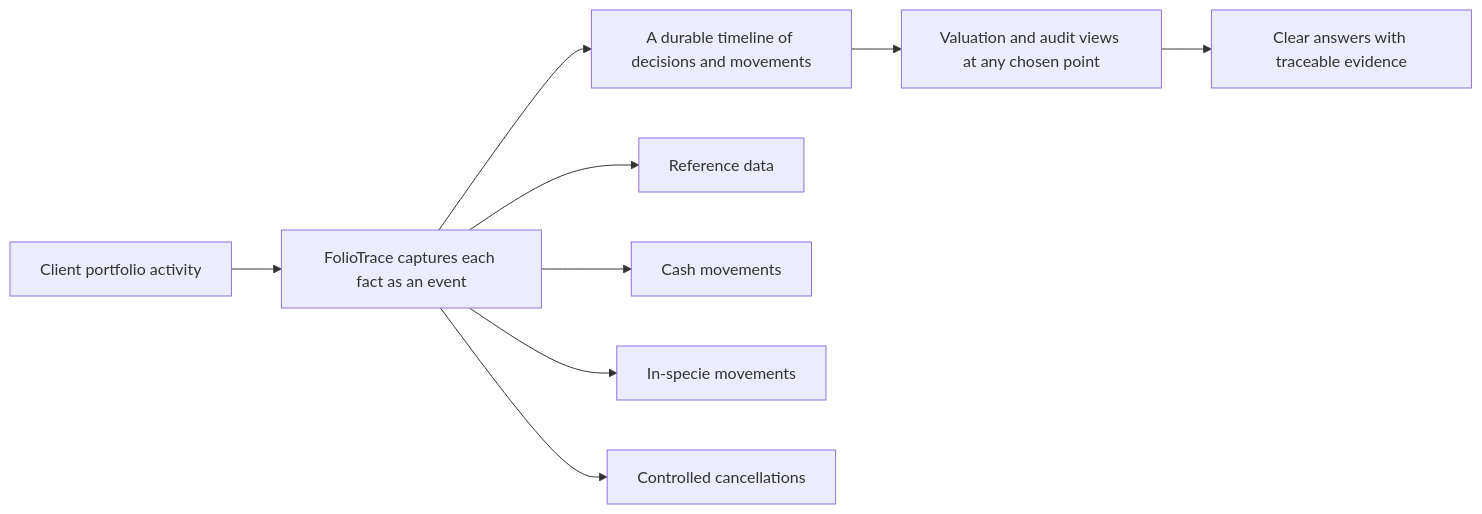
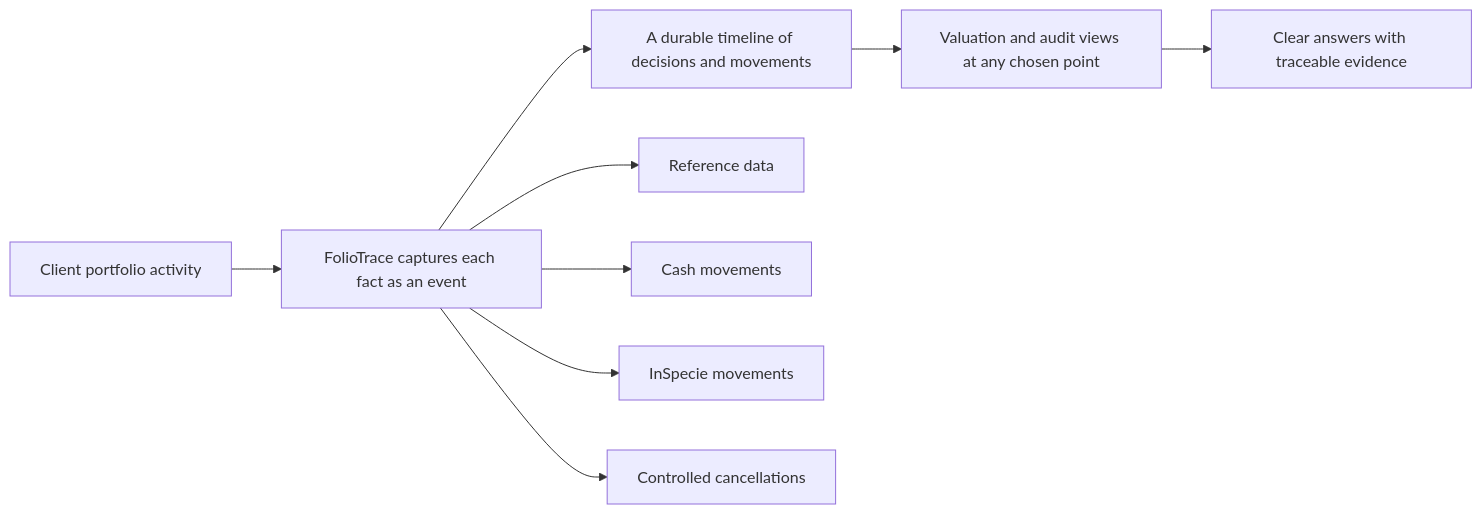
Before and after one commit to mart6061/FolioTrace: the first of 8 diagrams in Documentation/Diagrams/SchematicDiagrams.md, drawn with Mermaid. The commit also changed other lines of this file and 261 other files, not shown here.

````diff
--- a/Documentation/Diagrams/SchematicDiagrams.md
+++ b/Documentation/Diagrams/SchematicDiagrams.md
@@ -9,15 +9,15 @@
 ```mermaid
 flowchart LR
     Client["Client portfolio activity"]
     Capture["FolioTrace captures each fact as an event"]
     Timeline["A durable timeline of decisions and movements"]
     Views["Valuation and audit views at any chosen point"]
     Confidence["Clear answers with traceable evidence"]
 
     Client --> Capture --> Timeline --> Views --> Confidence
 
     Capture --> Reference["Reference data"]
     Capture --> Cash["Cash movements"]
-    Capture --> Inspecie["In-specie movements"]
+    Capture --> InSpecie["InSpecie movements"]
     Capture --> Cancellations["Controlled cancellations"]
 ```
````
